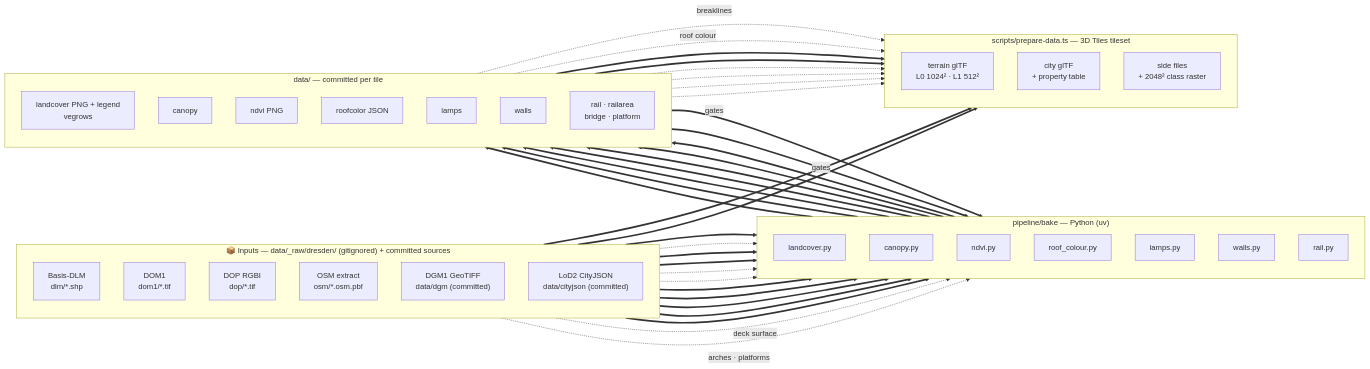
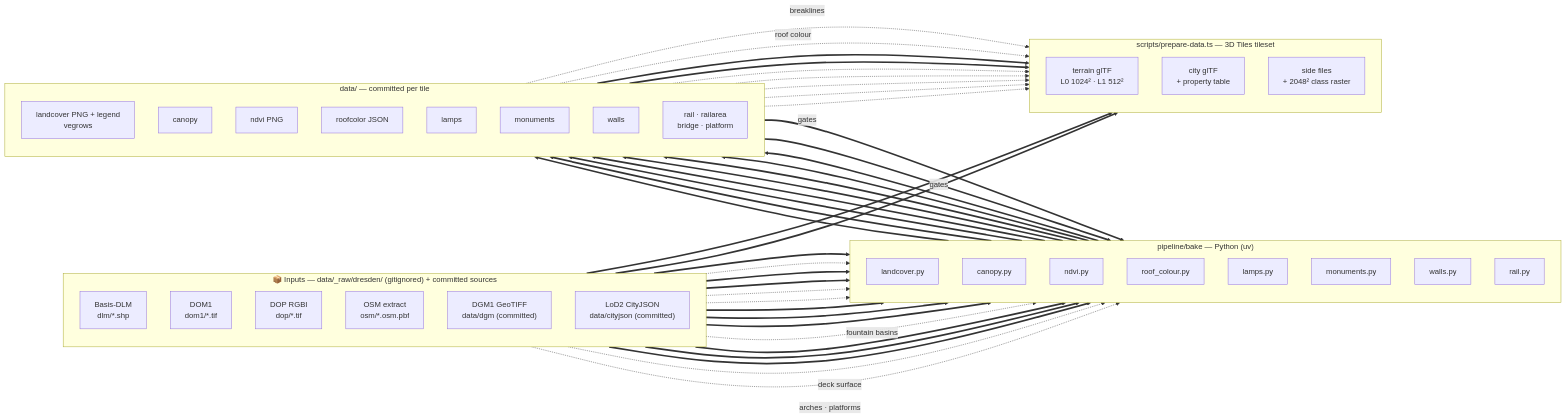
One commit to mdugue/bridge changed the second of 2 diagrams in docs/data-flow.md. Above: the diagram before and after it, drawn with Mermaid. The commit also changed other lines of this file and 41 other files, not shown here.

````diff
--- a/docs/data-flow.md
+++ b/docs/data-flow.md
@@ -147,71 +154,77 @@
 ```mermaid
 flowchart LR
   subgraph IN["📦 Inputs — data/_raw/dresden/ (gitignored) + committed sources"]
     direction TB
     iDLM["Basis-DLM<br/>dlm/*.shp"]
     iDOM["DOM1<br/>dom1/*.tif"]
     iDOP["DOP RGBI<br/>dop/*.tif"]
     iOSM["OSM extract<br/>osm/*.osm.pbf"]
     iDGM["DGM1 GeoTIFF<br/>data/dgm (committed)"]
     iCJ["LoD2 CityJSON<br/>data/cityjson (committed)"]
   end
 
   subgraph PY["pipeline/bake — Python (uv)"]
     direction TB
     bLC["landcover.py"]
     bCAN["canopy.py"]
     bNDVI["ndvi.py"]
     bROOF["roof_colour.py"]
     bLAMP["lamps.py"]
+    bMON["monuments.py"]
     bWALL["walls.py"]
     bRAIL["rail.py"]
   end
 
   subgraph DATA["data/ — committed per tile"]
     direction TB
     dCLS["landcover PNG + legend<br/>vegrows"]
     dCAN["canopy"]
     dNDVI["ndvi PNG"]
     dROOF["roofcolor JSON"]
     dLAMP["lamps"]
+    dMON["monuments"]
     dWALL["walls"]
     dRAIL["rail · railarea<br/>bridge · platform"]
   end
 
   subgraph TS["scripts/prepare-data.ts — 3D Tiles tileset"]
     direction TB
     tTER["terrain glTF<br/>L0 1024² · L1 512²"]
     tCITY["city glTF<br/>+ property table"]
     tSIDE["side files<br/>+ 2048² class raster"]
   end
 
   iDLM ==> bLC ==> dCLS
   iDOM -.-> bCAN
   iDGM ==> bCAN
   iDLM ==> bCAN
   dCLS ==>|gates| bCAN
   bCAN ==> dCAN
   iDOP -.-> bNDVI ==> dNDVI
   iDOP -.-> bROOF
   iCJ ==> bROOF ==> dROOF
   iOSM ==> bLAMP
   dCLS ==>|gates| bLAMP
   bLAMP ==> dLAMP
+  iDLM ==> bMON
+  iOSM -. "fountain basins" .-> bMON
+  bMON ==> dMON
   iOSM ==> bWALL ==> dWALL
   iDLM ==> bRAIL
   iDGM ==> bRAIL
   iDOM -. "deck surface" .-> bRAIL
   iOSM -. "arches · platforms" .-> bRAIL
   bRAIL ==> dRAIL
 
   iDGM ==> tTER
   dWALL -. breaklines .-> tTER
   iCJ ==> tCITY
   dROOF -. "roof colour" .-> tCITY
   dCLS ==> tSIDE
   dCAN ==> tSIDE
   dNDVI -.-> tSIDE
   dLAMP -.-> tSIDE
+  dMON -.-> tSIDE
   dWALL -.-> tSIDE
   dRAIL -.-> tSIDE
 ```
````
